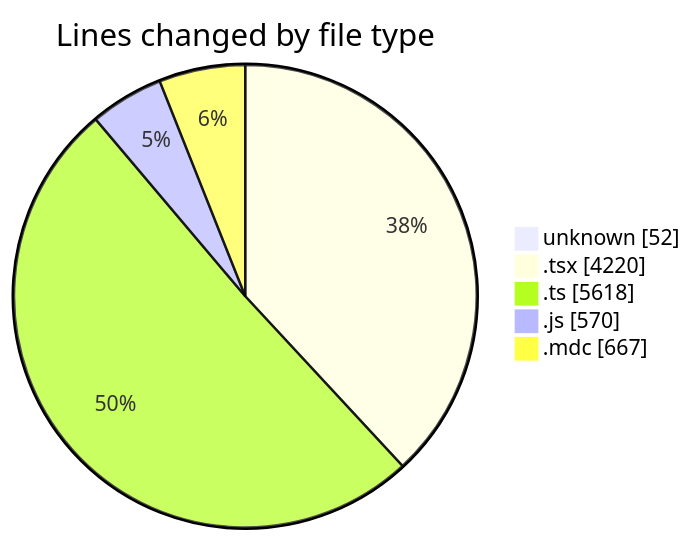
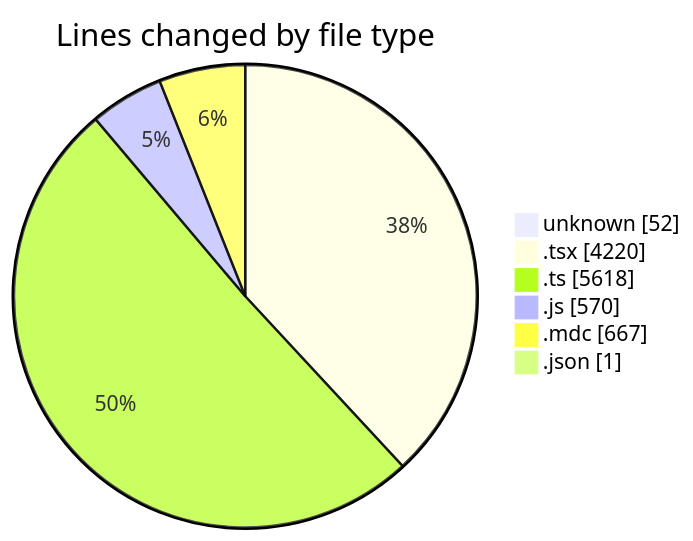
The first of 2 diagrams in 2025-06-02/ecodeli-1/README.md (CELIANVF/code-tracking), drawn with Mermaid before and after one commit. The commit also changed other lines of this file and 1 other file, not shown here.

````diff
--- a/2025-06-02/ecodeli-1/README.md
+++ b/2025-06-02/ecodeli-1/README.md
@@ -67,9 +68,10 @@
 ```mermaid
 pie showData
 title Lines changed by file type
 "unknown" : 52
 ".tsx" : 4220
 ".ts" : 5618
 ".js" : 570
 ".mdc" : 667
+".json" : 1
 ```
````
